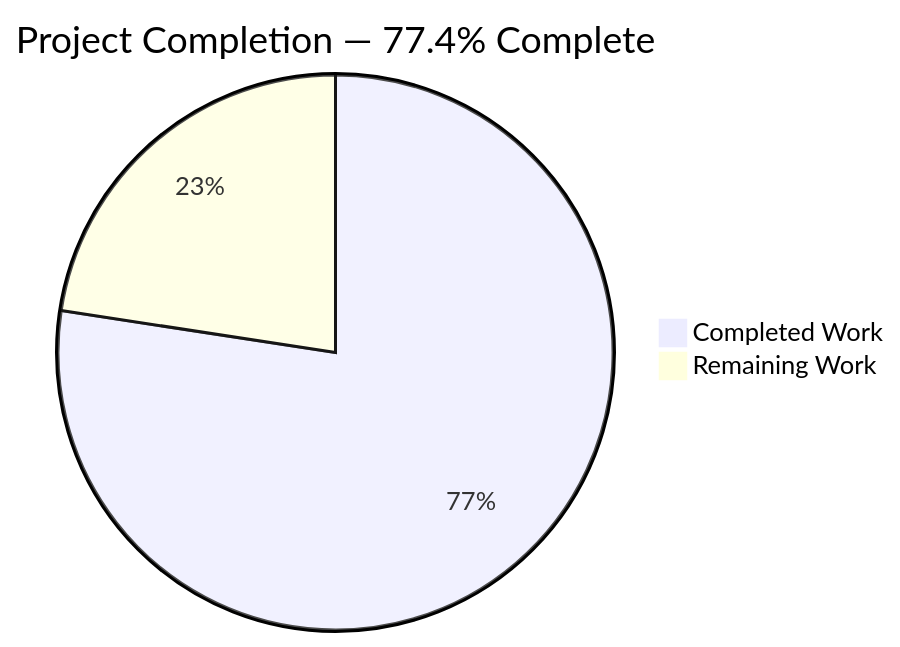
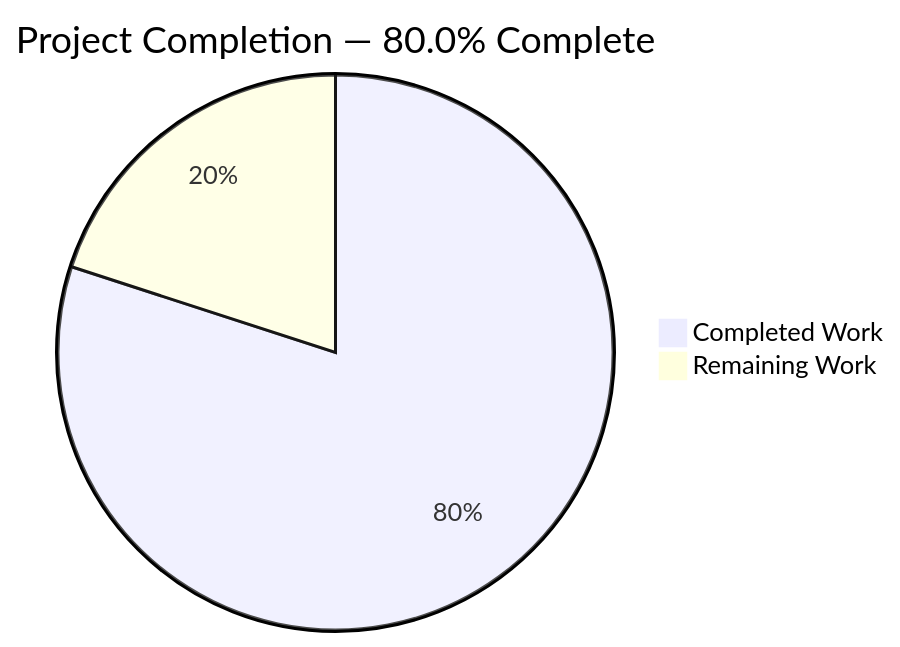
The first of 4 diagrams in blitzy/documentation/Project Guide.md (monero-project/monero), drawn with Mermaid before and after one commit. The commit also changed other lines of this file, not shown here.

Commit message:
Adding Blitzy Project Guide: Project Status and Human Tasks Remaining

````diff
--- a/blitzy/documentation/Project Guide.md
+++ b/blitzy/documentation/Project Guide.md
@@ -9,5 +9,5 @@
 ```mermaid
-pie title Project Completion — 77.4% Complete
-    "Completed Work" : 192
-    "Remaining Work" : 56
+pie title Project Completion — 80.0% Complete
+    "Completed Work" : 216
+    "Remaining Work" : 54
 ```
````
